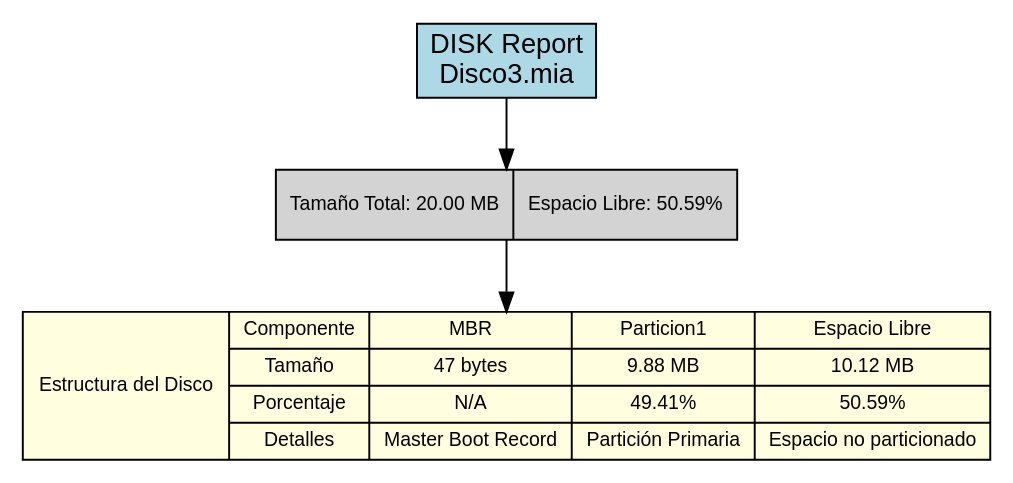
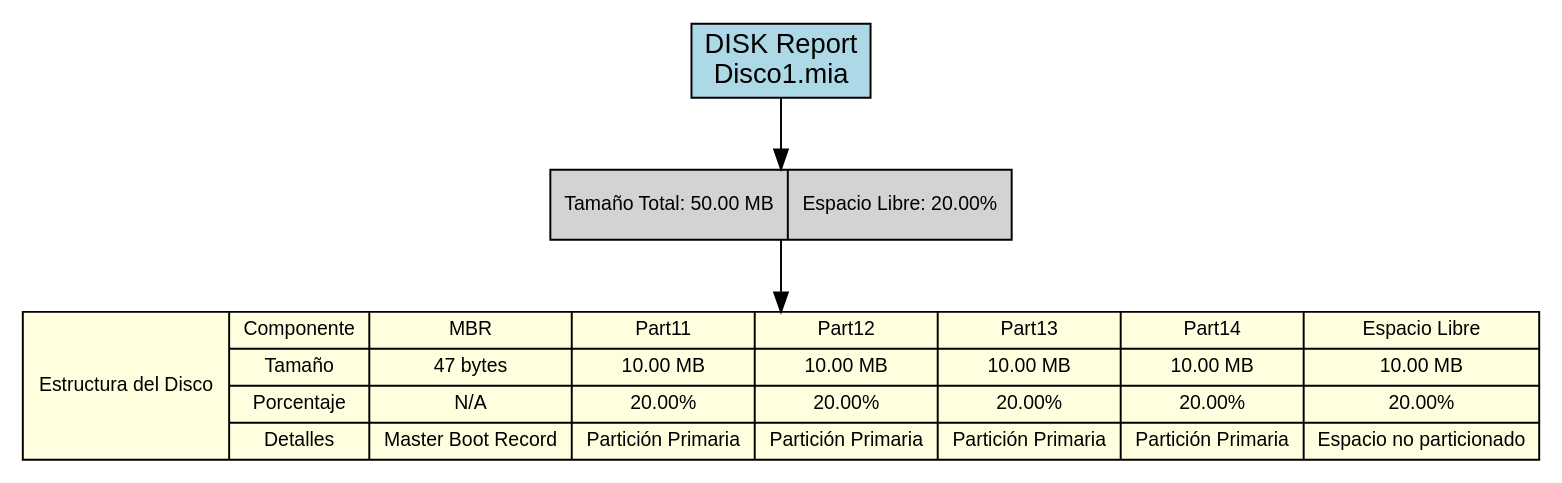
One commit to DiegVas/MIA_2S2025_P1_202300638 changed the diagram in backend/provider/reports/src/disk_381A.dot. Above: the diagram before and after it, drawn with Graphviz. The commit also changed 28 other files, not shown here.

```diff
--- a/backend/provider/reports/src/disk_381A.dot
+++ b/backend/provider/reports/src/disk_381A.dot
@@ -1,15 +1,15 @@
 digraph DISK_Report {
     rankdir=TB;
     node [shape=record, style=filled];
     graph [fontname="Arial", fontsize=12];
     node [fontname="Arial", fontsize=10];
 
-    title [label="DISK Report\nDisco3.mia", fillcolor=lightblue, fontsize=14];
+    title [label="DISK Report\nDisco1.mia", fillcolor=lightblue, fontsize=14];
 
-    disk_info [label="Tamaño Total: 20.00 MB|Espacio Libre: 50.59%", fillcolor=lightgray];
+    disk_info [label="Tamaño Total: 50.00 MB|Espacio Libre: 20.00%", fillcolor=lightgray];
 
-    disk_structure [label="Estructura del Disco|{Componente|Tamaño|Porcentaje|Detalles}|{MBR|47 bytes|N/A|Master Boot Record}|{Particion1|9.88 MB|49.41%|Partición Primaria}|{Espacio Libre|10.12 MB|50.59%|Espacio no particionado}", fillcolor=lightyellow];
+    disk_structure [label="Estructura del Disco|{Componente|Tamaño|Porcentaje|Detalles}|{MBR|47 bytes|N/A|Master Boot Record}|{Part11|10.00 MB|20.00%|Partición Primaria}|{Part12|10.00 MB|20.00%|Partición Primaria}|{Part13|10.00 MB|20.00%|Partición Primaria}|{Part14|10.00 MB|20.00%|Partición Primaria}|{Espacio Libre|10.00 MB|20.00%|Espacio no particionado}", fillcolor=lightyellow];
 
     title -> disk_info;
     disk_info -> disk_structure;
 }
```
